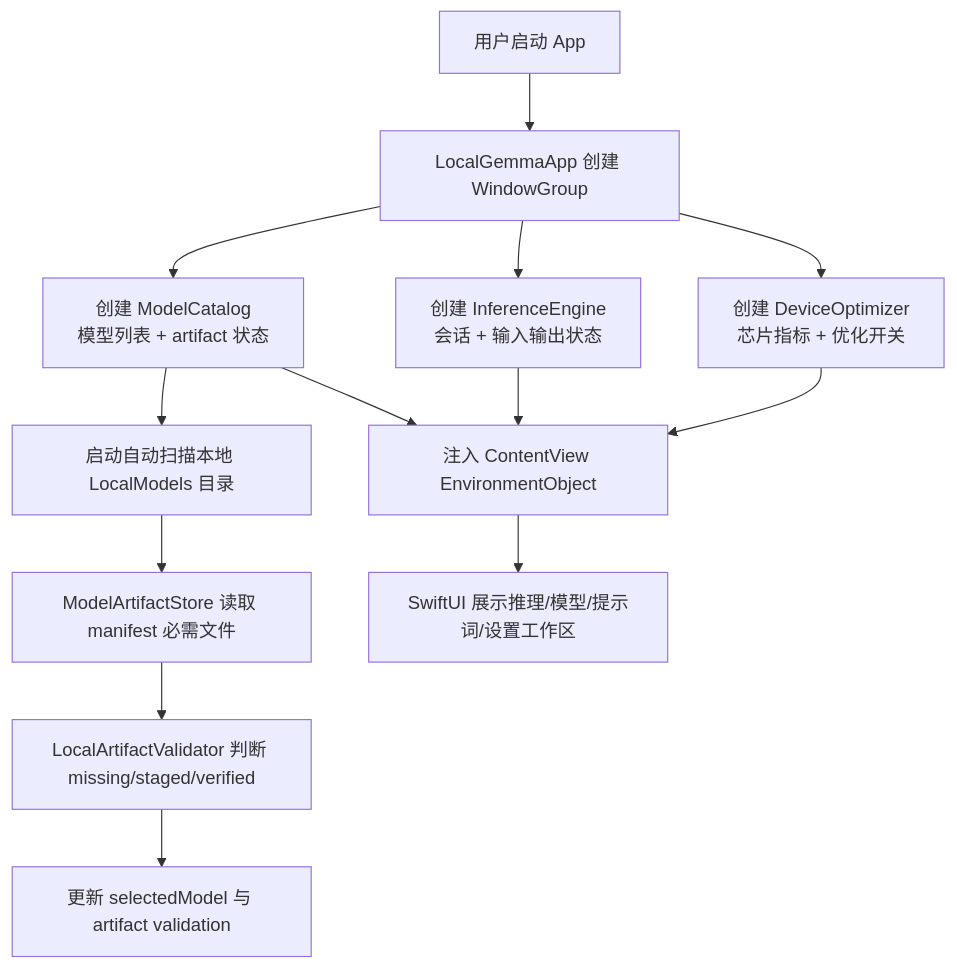
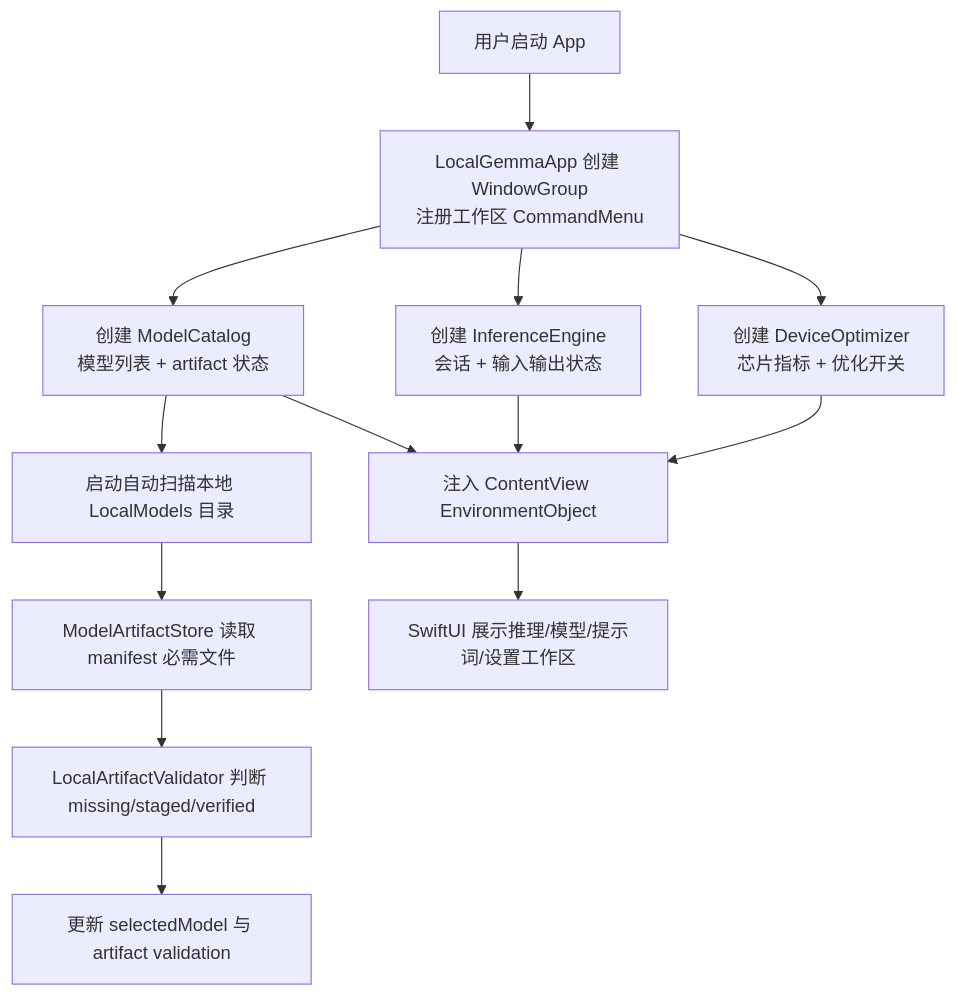
The first of 9 diagrams in md/flow/flowchart.md (Altman-sam114/113), drawn with Mermaid before and after one commit. The commit also changed other lines of this file and 9 other files, not shown here.

````diff
--- a/md/flow/flowchart.md
+++ b/md/flow/flowchart.md
@@ -9,15 +9,15 @@
 ```mermaid
 flowchart TD
-    A[用户启动 App] --> B[LocalGemmaApp 创建 WindowGroup]
+    A[用户启动 App] --> B[LocalGemmaApp 创建 WindowGroup<br/>注册工作区 CommandMenu]
     B --> C[创建 ModelCatalog<br/>模型列表 + artifact 状态]
     B --> D[创建 InferenceEngine<br/>会话 + 输入输出状态]
     B --> E[创建 DeviceOptimizer<br/>芯片指标 + 优化开关]
     C --> F[启动自动扫描本地 LocalModels 目录]
     F --> G[ModelArtifactStore 读取 manifest 必需文件]
     G --> H[LocalArtifactValidator 判断 missing/staged/verified]
     H --> I[更新 selectedModel 与 artifact validation]
     C --> J[注入 ContentView EnvironmentObject]
     D --> J
     E --> J
     J --> K[SwiftUI 展示推理/模型/提示词/设置工作区]
 ```
````
